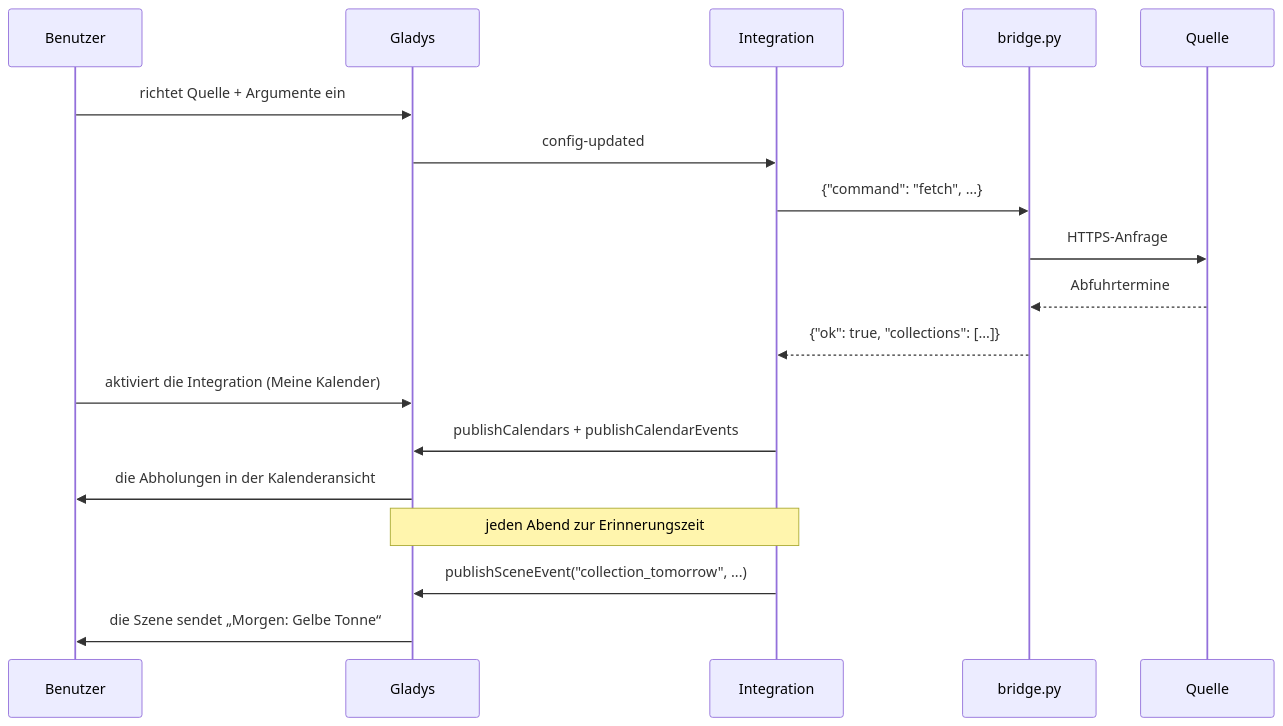
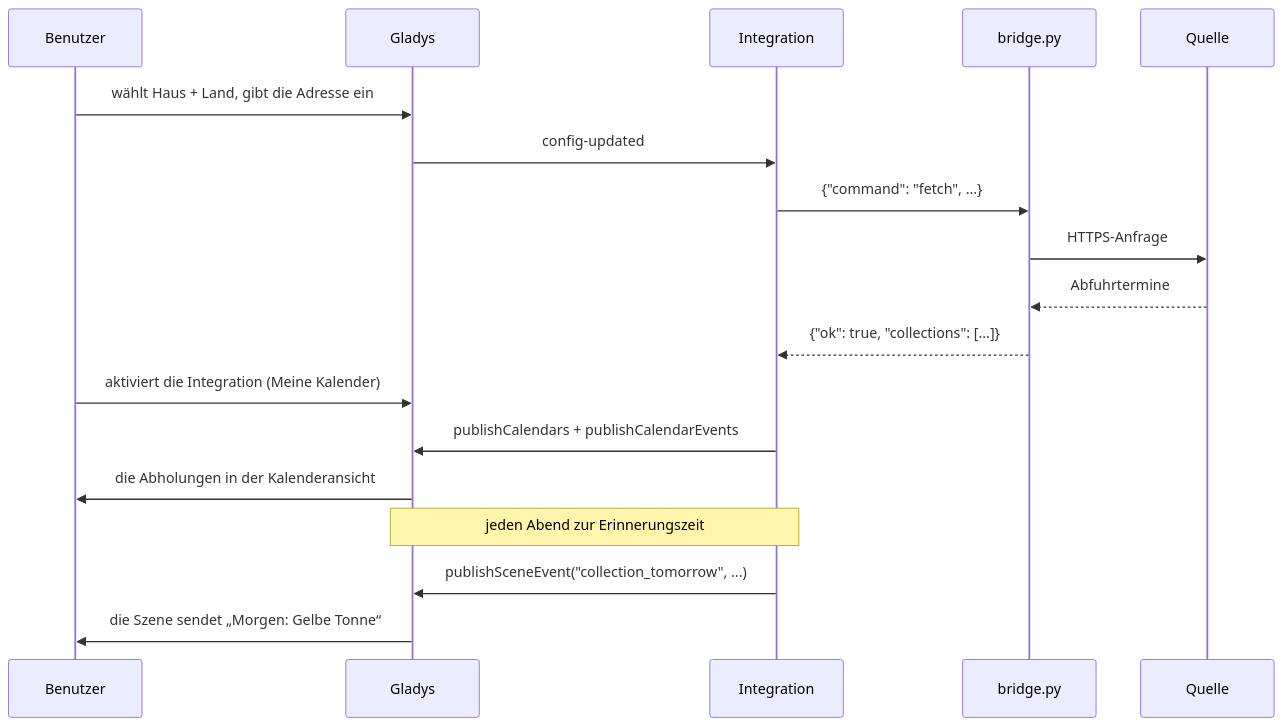
One commit to William-De71/gladys-waste-collection-schedule changed the second of 3 diagrams in README.de.md. Above: the diagram before and after it, drawn with Mermaid. The commit also changed other lines of this file and 24 other files, not shown here.

````diff
--- a/README.de.md
+++ b/README.de.md
@@ -50,20 +50,20 @@
 ```mermaid
 sequenceDiagram
   participant U as Benutzer
   participant G as Gladys
   participant I as Integration
   participant P as bridge.py
   participant S as Quelle
-  U->>G: richtet Quelle + Argumente ein
+  U->>G: wählt Haus + Land, gibt die Adresse ein
   G->>I: config-updated
   I->>P: {"command": "fetch", ...}
   P->>S: HTTPS-Anfrage
   S-->>P: Abfuhrtermine
   P-->>I: {"ok": true, "collections": [...]}
   U->>G: aktiviert die Integration (Meine Kalender)
   I->>G: publishCalendars + publishCalendarEvents
   G->>U: die Abholungen in der Kalenderansicht
   Note over I,G: jeden Abend zur Erinnerungszeit
   I->>G: publishSceneEvent("collection_tomorrow", ...)
   G->>U: die Szene sendet „Morgen: Gelbe Tonne“
 ```
````
